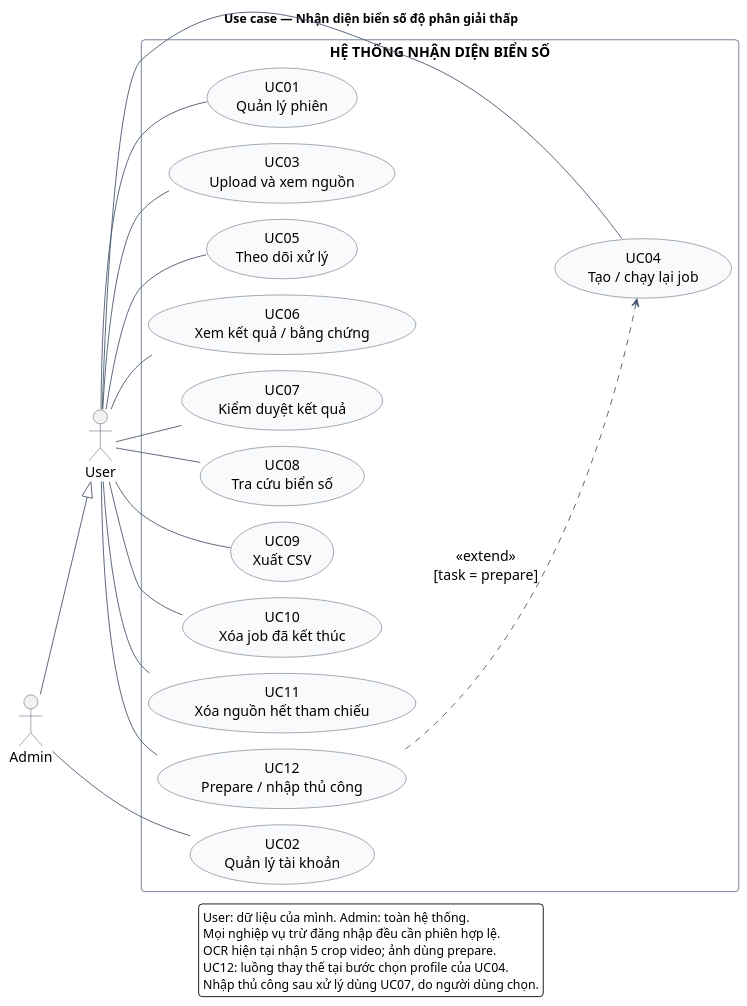
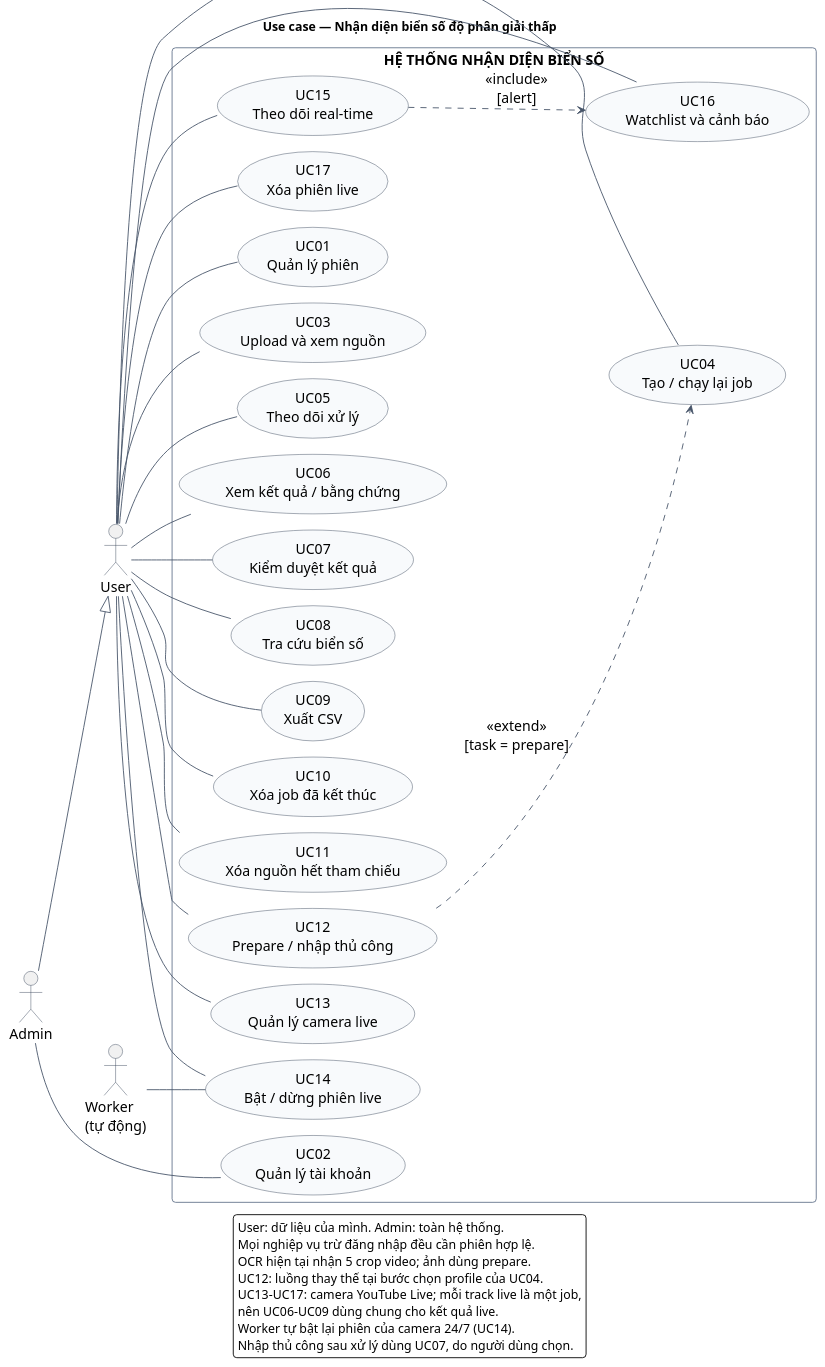
The diagram in docs/analysis/diagrams/01-use-case.puml (Oszumeiii/Vehicle_Tracking_BE), drawn with PlantUML before and after one commit. The commit also changed 30 other files, not shown here.

First line of the commit message:
docs(analysis): add YouTube Live to the analysis and design document

```diff
--- a/docs/analysis/diagrams/01-use-case.puml
+++ b/docs/analysis/diagrams/01-use-case.puml
@@ -1,60 +1,76 @@
 @startuml
 !pragma layout smetana
 left to right direction
 skinparam defaultFontName Arial
 skinparam defaultFontSize 16
 skinparam backgroundColor white
 skinparam shadowing false
 skinparam roundCorner 8
 skinparam ArrowColor #475569
 skinparam ActorBorderColor #334155
 skinparam UsecaseBorderColor #334155
 skinparam UsecaseBackgroundColor #F8FAFC
 skinparam RectangleBorderColor #64748B
 skinparam packageStyle rectangle
 skinparam nodesep 22
 skinparam ranksep 36
 scale max 1100 width
 title Use case — Nhận diện biển số độ phân giải thấp
 
 actor "User" as U
 actor "Admin" as A
 A --|> U
 
 rectangle "HỆ THỐNG NHẬN DIỆN BIỂN SỐ" {
   usecase "UC01\nQuản lý phiên" as UC01
   usecase "UC02\nQuản lý tài khoản" as UC02
   usecase "UC03\nUpload và xem nguồn" as UC03
   usecase "UC04\nTạo / chạy lại job" as UC04
   usecase "UC05\nTheo dõi xử lý" as UC05
   usecase "UC06\nXem kết quả / bằng chứng" as UC06
   usecase "UC07\nKiểm duyệt kết quả" as UC07
   usecase "UC08\nTra cứu biển số" as UC08
   usecase "UC09\nXuất CSV" as UC09
   usecase "UC10\nXóa job đã kết thúc" as UC10
   usecase "UC11\nXóa nguồn hết tham chiếu" as UC11
   usecase "UC12\nPrepare / nhập thủ công" as UC12
+  usecase "UC13\nQuản lý camera live" as UC13
+  usecase "UC14\nBật / dừng phiên live" as UC14
+  usecase "UC15\nTheo dõi real-time" as UC15
+  usecase "UC16\nWatchlist và cảnh báo" as UC16
+  usecase "UC17\nXóa phiên live" as UC17
 }
+actor "Worker\n(tự động)" as W
 
 U -- UC01
 A -- UC02
 U -- UC03
 U -- UC04
 U -- UC05
 U -- UC06
 U -- UC07
 U -- UC08
 U -- UC09
 U -- UC10
 U -- UC11
 U -- UC12
 UC12 ..> UC04 : <<extend>>\n[task = prepare]
+U -- UC13
+U -- UC14
+U -- UC15
+U -- UC16
+U -- UC17
+W -- UC14
+UC15 ..> UC16 : <<include>>\n[alert]
 
 legend bottom
 User: dữ liệu của mình. Admin: toàn hệ thống.
 Mọi nghiệp vụ trừ đăng nhập đều cần phiên hợp lệ.
 OCR hiện tại nhận 5 crop video; ảnh dùng prepare.
 UC12: luồng thay thế tại bước chọn profile của UC04.
+UC13–UC17: camera YouTube Live; mỗi track live là một job,
+nên UC06–UC09 dùng chung cho kết quả live.
+Worker tự bật lại phiên của camera 24/7 (UC14).
 Nhập thủ công sau xử lý dùng UC07, do người dùng chọn.
 endlegend
 @enduml
```
